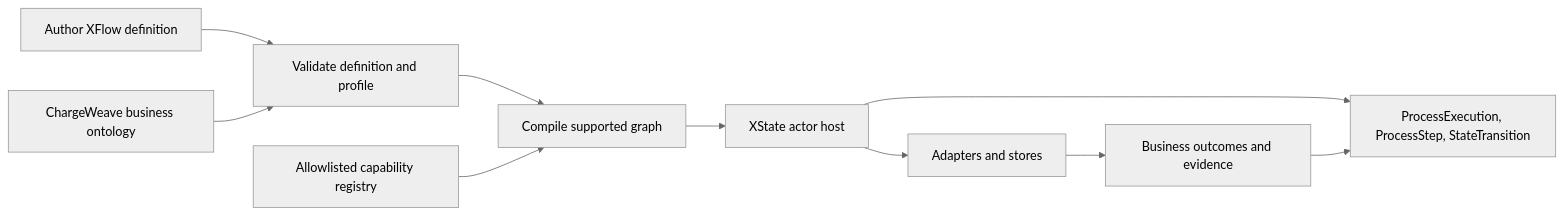
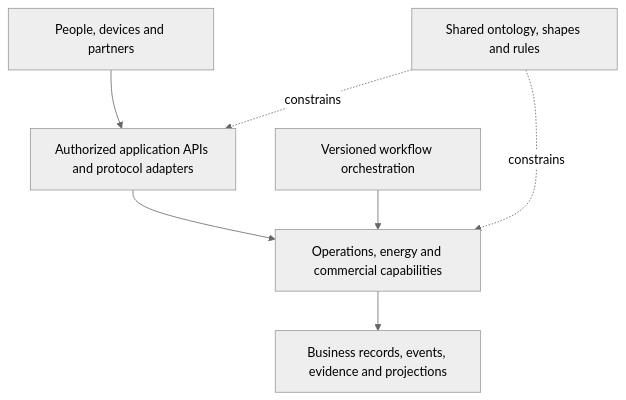
One commit to pli-poc/charge-weave changed the diagram in docs/runtime-architecture.md. Above: the diagram before and after it, drawn with Mermaid (neutral theme). The commit also changed other lines of this file and 11 other files, not shown here.

````diff
--- a/docs/runtime-architecture.md
+++ b/docs/runtime-architecture.md
@@ -28,12 +24,9 @@
 ```mermaid
-flowchart LR
-    A[Author XFlow definition] --> B[Validate definition and profile]
-    D[ChargeWeave business ontology] --> B
-    B --> C[Compile supported graph]
-    C --> E[XState actor host]
-    R[Allowlisted capability registry] --> C
-    E --> F[Adapters and stores]
-    F --> G[Business outcomes and evidence]
-    E --> H[ProcessExecution, ProcessStep, StateTransition]
-    G --> H
+flowchart TB
+    A[People, devices and partners] --> B[Authorized application APIs and protocol adapters]
+    B --> C[Operations, energy and commercial capabilities]
+    W[Versioned workflow orchestration] --> C
+    C --> D[Business records, events, evidence and projections]
+    S[Shared ontology, shapes and rules] -. constrains .-> B
+    S -. constrains .-> C
 ```
````
